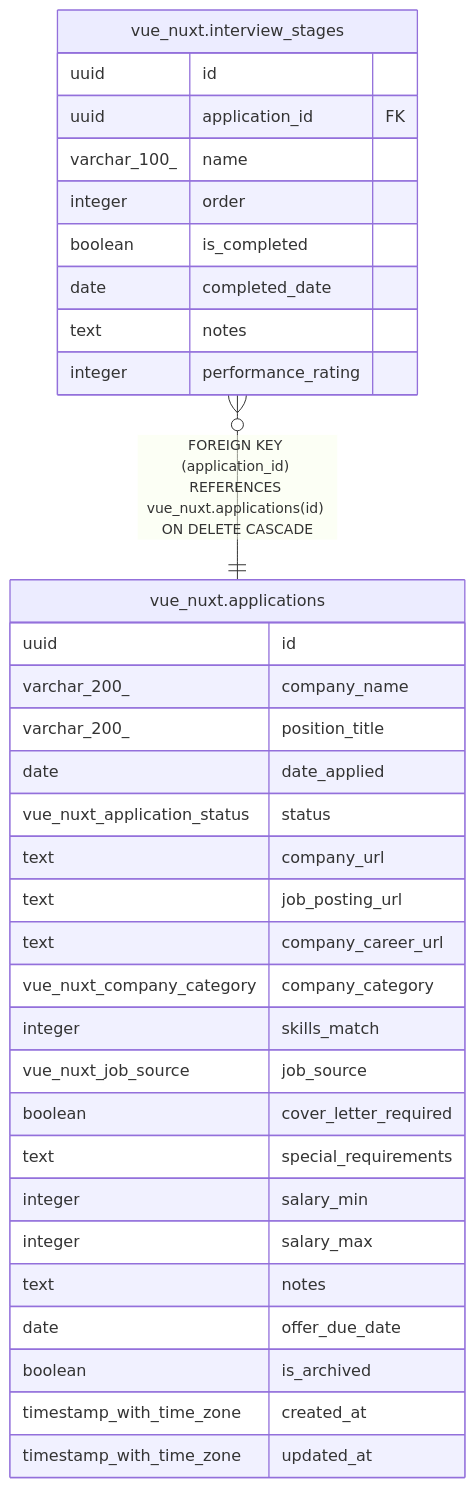
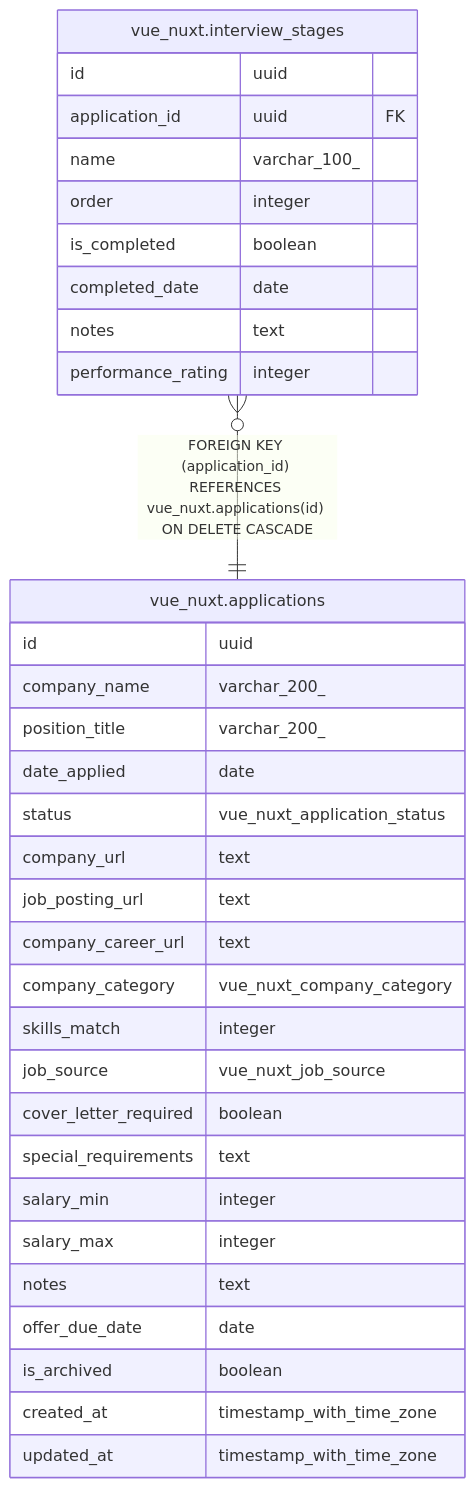
One commit to WhatIfWeDigDeeper/application-tracker changed the diagram in docs/schema/vue-nuxt/vue_nuxt.interview_stages.md. Above: the diagram before and after it, drawn with Mermaid. The commit also changed 14 other files, not shown here.

First line of the commit message:
fix: swap column order in ERD diagrams to show name before type

````diff
--- a/docs/schema/vue-nuxt/vue_nuxt.interview_stages.md
+++ b/docs/schema/vue-nuxt/vue_nuxt.interview_stages.md
@@ -38,38 +38,38 @@
 ```mermaid
 erDiagram
 
 "vue_nuxt.interview_stages" }o--|| "vue_nuxt.applications" : "FOREIGN KEY (application_id) REFERENCES vue_nuxt.applications(id) ON DELETE CASCADE"
 
 "vue_nuxt.interview_stages" {
-  uuid id
-  uuid application_id FK
-  varchar_100_ name
-  integer order
-  boolean is_completed
-  date completed_date
-  text notes
-  integer performance_rating
+  id uuid
+  application_id uuid FK
+  name varchar_100_
+  order integer
+  is_completed boolean
+  completed_date date
+  notes text
+  performance_rating integer
 }
 "vue_nuxt.applications" {
-  uuid id
-  varchar_200_ company_name
-  varchar_200_ position_title
-  date date_applied
-  vue_nuxt_application_status status
-  text company_url
-  text job_posting_url
-  text company_career_url
-  vue_nuxt_company_category company_category
-  integer skills_match
-  vue_nuxt_job_source job_source
-  boolean cover_letter_required
-  text special_requirements
-  integer salary_min
-  integer salary_max
-  text notes
-  date offer_due_date
-  boolean is_archived
-  timestamp_with_time_zone created_at
-  timestamp_with_time_zone updated_at
+  id uuid
+  company_name varchar_200_
+  position_title varchar_200_
+  date_applied date
+  status vue_nuxt_application_status
+  company_url text
+  job_posting_url text
+  company_career_url text
+  company_category vue_nuxt_company_category
+  skills_match integer
+  job_source vue_nuxt_job_source
+  cover_letter_required boolean
+  special_requirements text
+  salary_min integer
+  salary_max integer
+  notes text
+  offer_due_date date
+  is_archived boolean
+  created_at timestamp_with_time_zone
+  updated_at timestamp_with_time_zone
 }
 ```
````
